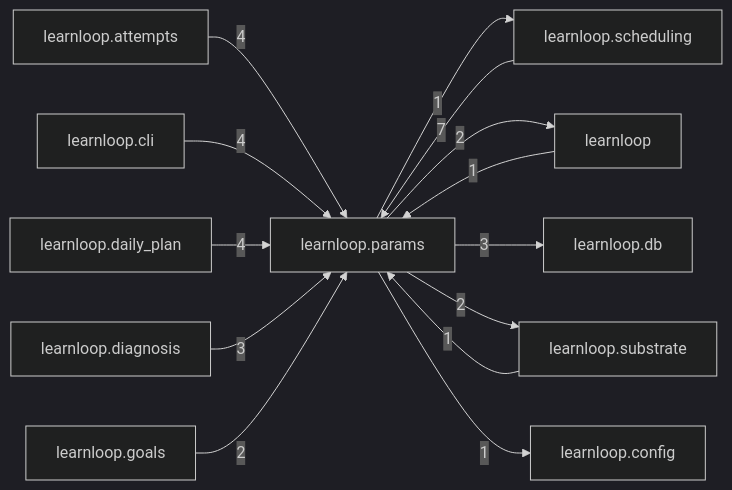
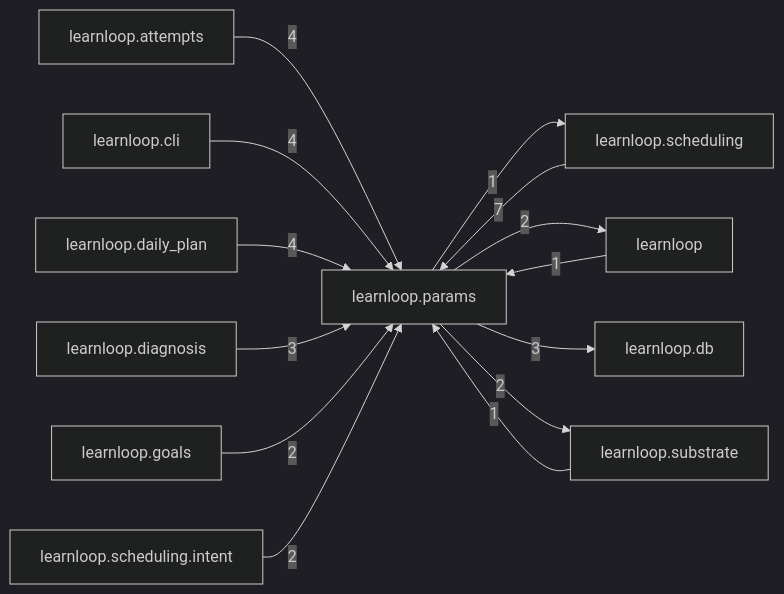
Before and after one commit to 6up-b/learnanything: the diagram in docs/learnloop-architecture-vault/Reference/Modules/learnloop/params/_package.md, drawn with Mermaid (dark theme). The commit also changed other lines of this file and 30 other files, not shown here.

````diff
--- a/docs/learnloop-architecture-vault/Reference/Modules/learnloop/params/_package.md
+++ b/docs/learnloop-architecture-vault/Reference/Modules/learnloop/params/_package.md
@@ -87,27 +87,27 @@
 ```mermaid
 flowchart LR
     center["learnloop.params"]
     n_learnloop_scheduling["learnloop.scheduling"]
     n_learnloop_attempts["learnloop.attempts"]
     n_learnloop_cli["learnloop.cli"]
     n_learnloop_daily_plan["learnloop.daily_plan"]
     n_learnloop["learnloop"]
     n_learnloop_db["learnloop.db"]
     n_learnloop_diagnosis["learnloop.diagnosis"]
     n_learnloop_substrate["learnloop.substrate"]
     n_learnloop_goals["learnloop.goals"]
-    n_learnloop_config["learnloop.config"]
+    n_learnloop_scheduling_intent["learnloop.scheduling.intent"]
     n_learnloop_scheduling -->|7| center
     center -->|1| n_learnloop_scheduling
     n_learnloop_attempts -->|4| center
     n_learnloop_cli -->|4| center
     n_learnloop_daily_plan -->|4| center
     n_learnloop -->|1| center
     center -->|2| n_learnloop
     center -->|3| n_learnloop_db
     n_learnloop_diagnosis -->|3| center
     n_learnloop_substrate -->|1| center
     center -->|2| n_learnloop_substrate
     n_learnloop_goals -->|2| center
-    center -->|1| n_learnloop_config
+    n_learnloop_scheduling_intent -->|2| center
 ```
````
